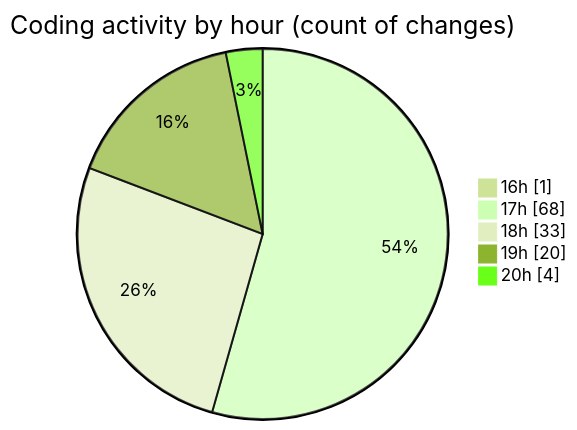
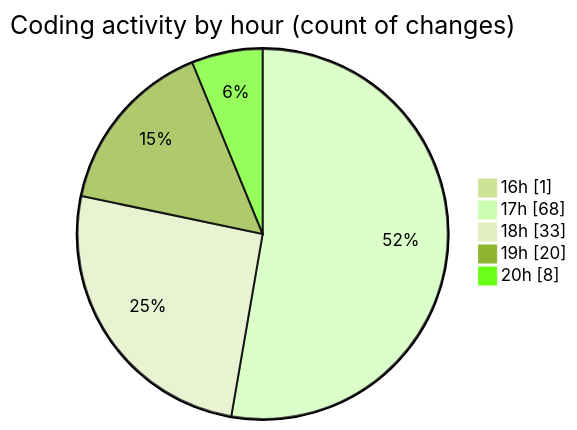
Before and after one commit to idhammustaqopulfikri/code-tracking: the second of 2 diagrams in 2025-05-27/studio-backend/README.md, drawn with Mermaid (forest theme). The commit also changed other lines of this file and 1 other file, not shown here.

````diff
--- a/2025-05-27/studio-backend/README.md
+++ b/2025-05-27/studio-backend/README.md
@@ -64,9 +64,9 @@
 ```mermaid
 pie showData
 title Coding activity by hour (count of changes)
 "16h" : 1
 "17h" : 68
 "18h" : 33
 "19h" : 20
-"20h" : 4
+"20h" : 8
 ```
````
